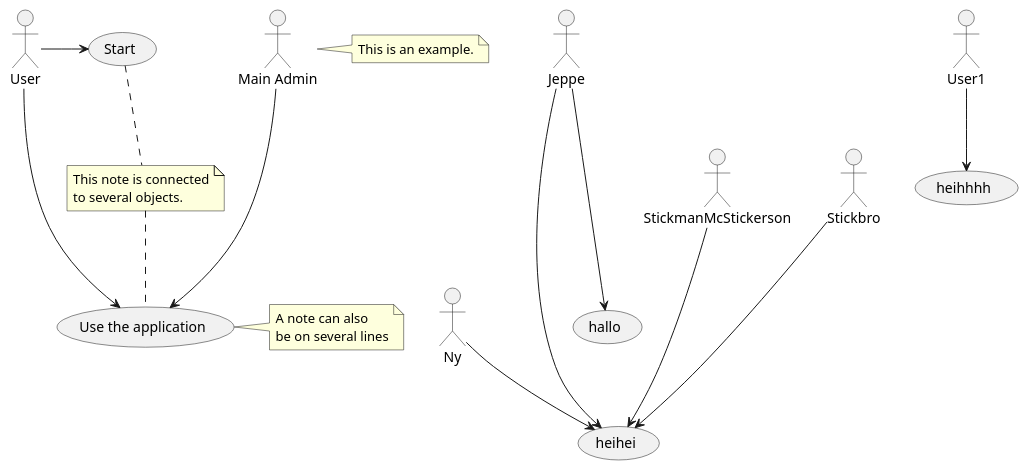
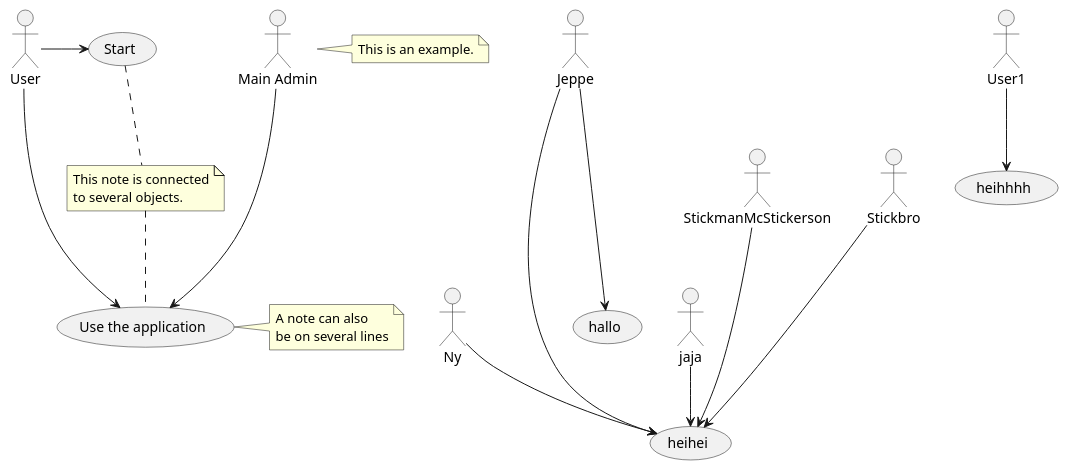
One commit to SetGruppe6/diagrammer changed the diagram in usecase.puml. Above: the diagram before and after it, drawn with PlantUML.

Commit message:
tingitng

```diff
--- a/usecase.puml
+++ b/usecase.puml
@@ -1,32 +1,33 @@
 @startuml
 :Main Admin: as Admin
 (Use the application) as (Use)
 
 User -> (Start)
 User --> (Use)
 
 Admin ---> (Use)
 
 
 Ny--> (heihei)
 Jeppe---> (hallo)
 Jeppe---->(heihei)
+jaja -->(heihei)
 
 User1 --> (heihhhh)
 
 StickmanMcStickerson ---> (heihei)
 Stickbro ---> (heihei)
 
 
 
 note right of Admin : This is an example.
 
 note right of (Use)
 A note can also
 be on several lines
 end note
 
 note "This note is connected\nto several objects." as N2
 (Start) .. N2
 N2 .. (Use)
 @enduml
```
